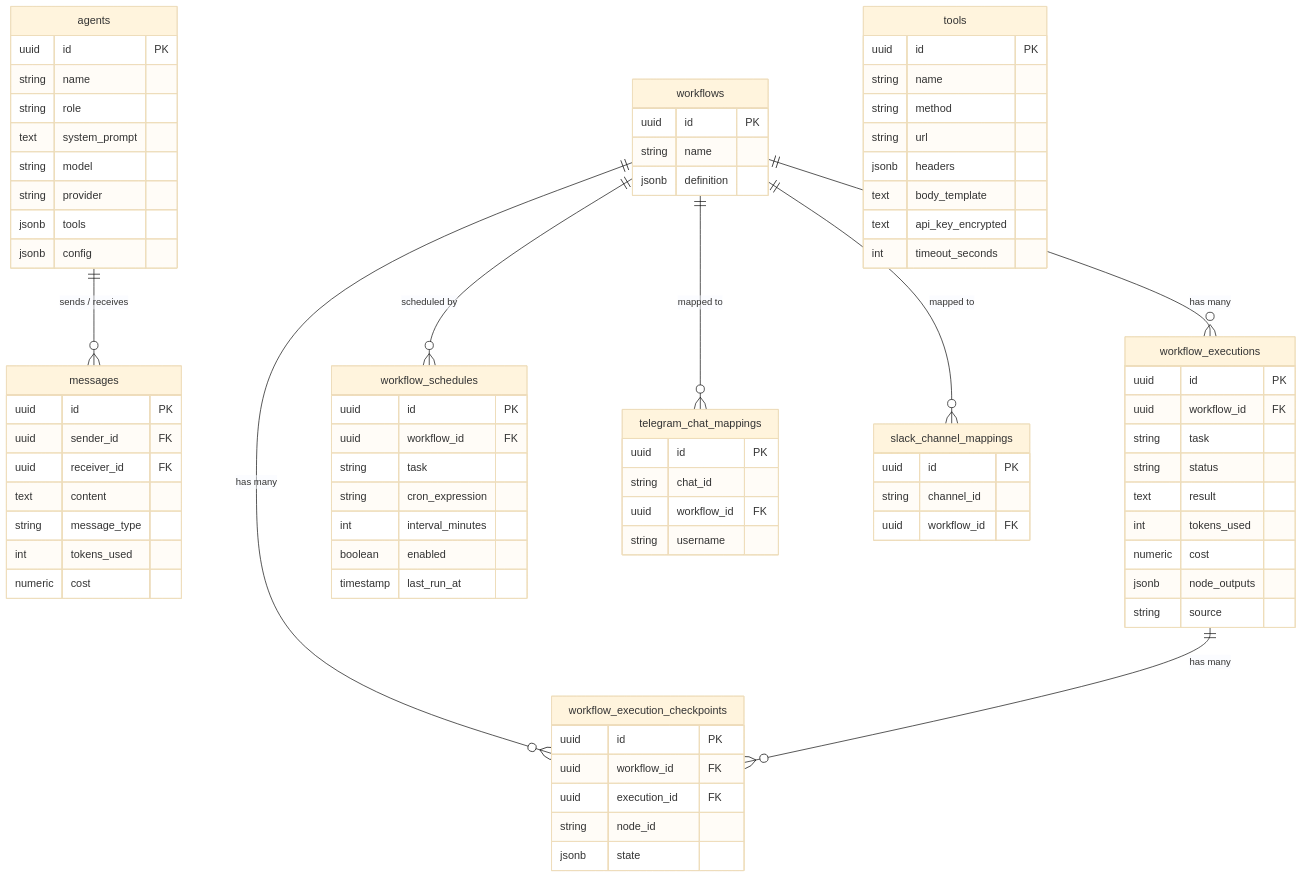
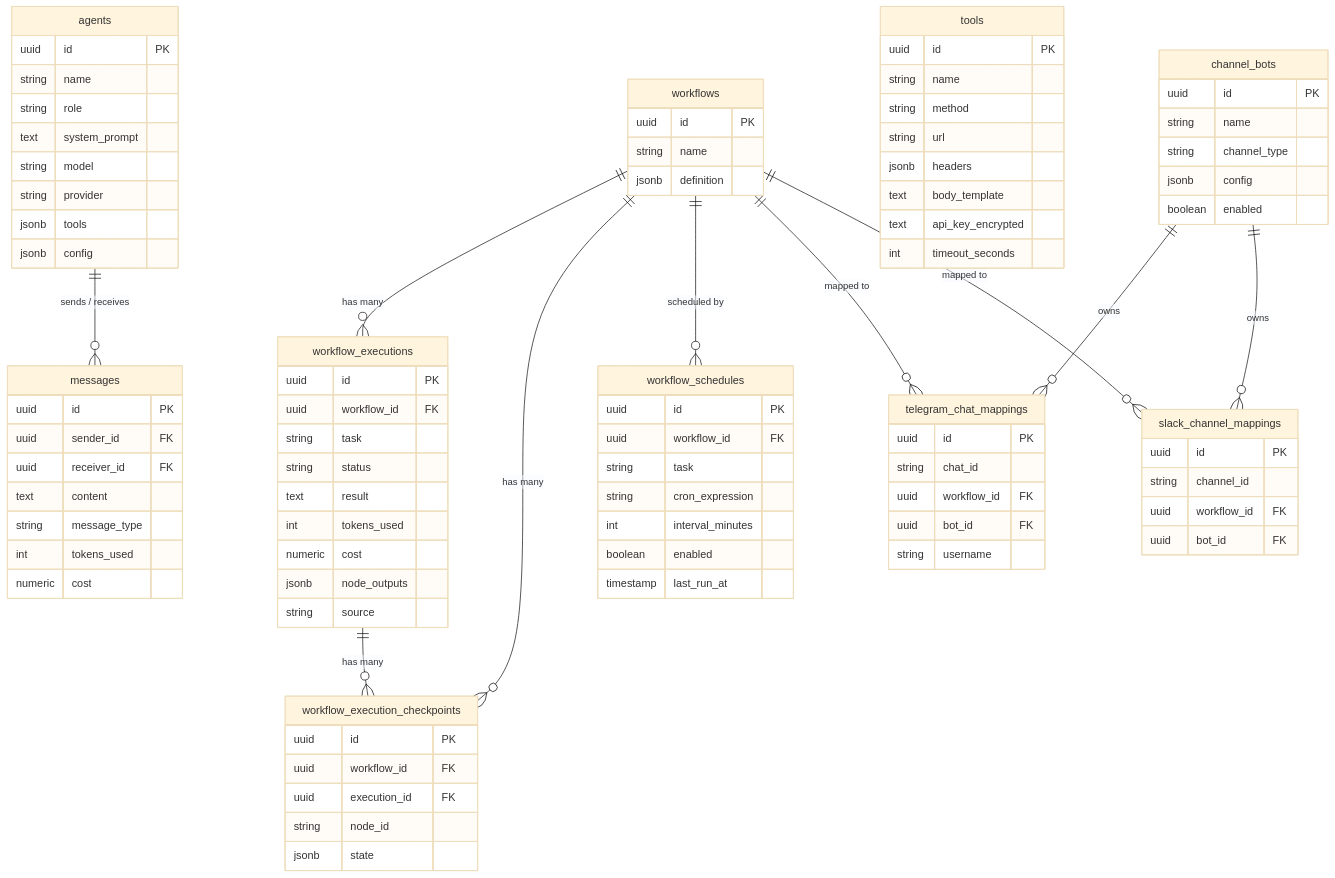
Before and after one commit to namratesh/AI-Agent-Orchestration-Platform: the tenth of 10 diagrams in documents/architecture.md, drawn with Mermaid (base theme). The commit also changed other lines of this file and 3 other files, not shown here.

````diff
--- a/documents/architecture.md
+++ b/documents/architecture.md
@@ -433,16 +433,25 @@
         boolean enabled
         timestamp last_run_at
     }
+    channel_bots {
+        uuid    id           PK
+        string  name
+        string  channel_type
+        jsonb   config
+        boolean enabled
+    }
     telegram_chat_mappings {
         uuid    id           PK
         string  chat_id
         uuid    workflow_id  FK
+        uuid    bot_id       FK
         string  username
     }
     slack_channel_mappings {
         uuid    id           PK
         string  channel_id
         uuid    workflow_id  FK
+        uuid    bot_id       FK
     }
 
     agents              ||--o{ messages                        : "sends / receives"
@@ -452,4 +461,6 @@
     workflows           ||--o{ telegram_chat_mappings          : "mapped to"
     workflows           ||--o{ slack_channel_mappings          : "mapped to"
     workflow_executions ||--o{ workflow_execution_checkpoints  : "has many"
+    channel_bots        ||--o{ telegram_chat_mappings          : "owns"
+    channel_bots        ||--o{ slack_channel_mappings          : "owns"
 ```
````
